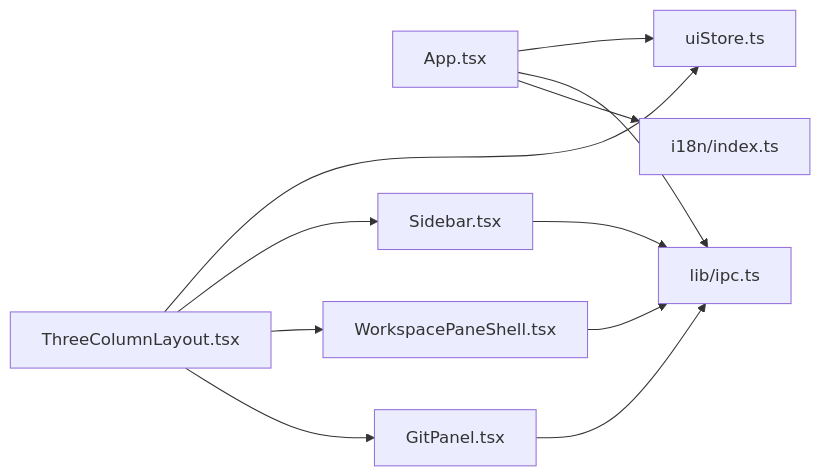
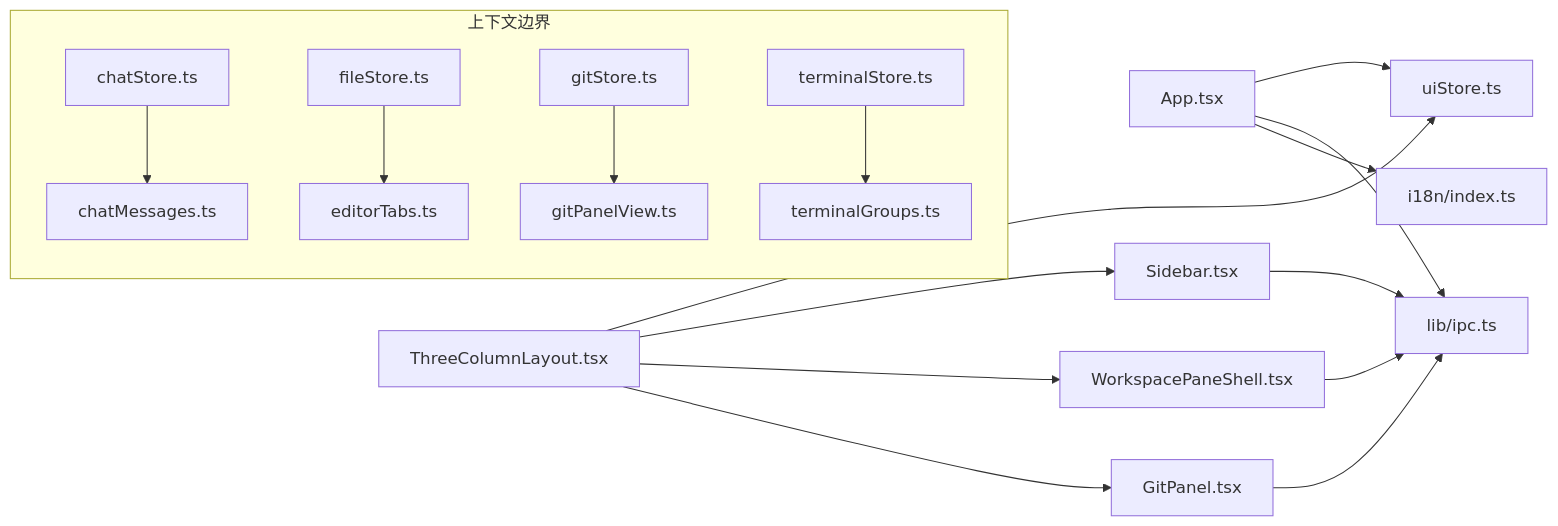
Before and after one commit to yattin/panes: the eighth of 8 diagrams in .qoder/repowiki/zh/content/架构设计/前端架构/前端架构.md, drawn with Mermaid. The commit also changed other lines of this file and 45 other files, not shown here.

````diff
--- a/.qoder/repowiki/zh/content/架构设计/前端架构/前端架构.md
+++ b/.qoder/repowiki/zh/content/架构设计/前端架构/前端架构.md
@@ -327,13 +433,19 @@
 ```mermaid
 graph LR
 App["App.tsx"] --> UIStore["uiStore.ts"]
 App --> IPC["lib/ipc.ts"]
 App --> I18N["i18n/index.ts"]
 TCL["ThreeColumnLayout.tsx"] --> UIStore
 TCL --> Sidebar["Sidebar.tsx"]
 TCL --> WPS["WorkspacePaneShell.tsx"]
 TCL --> GitPanel["GitPanel.tsx"]
 Sidebar --> IPC
 WPS --> IPC
 GitPanel --> IPC
+subgraph "上下文边界"
+ChatStore["chatStore.ts"] --> ChatMessages["chatMessages.ts"]
+FileStore["fileStore.ts"] --> EditorTabs["editorTabs.ts"]
+GitStore["gitStore.ts"] --> GitPanelView["gitPanelView.ts"]
+TerminalStore["terminalStore.ts"] --> TerminalGroups["terminalGroups.ts"]
+end
 ```
````
